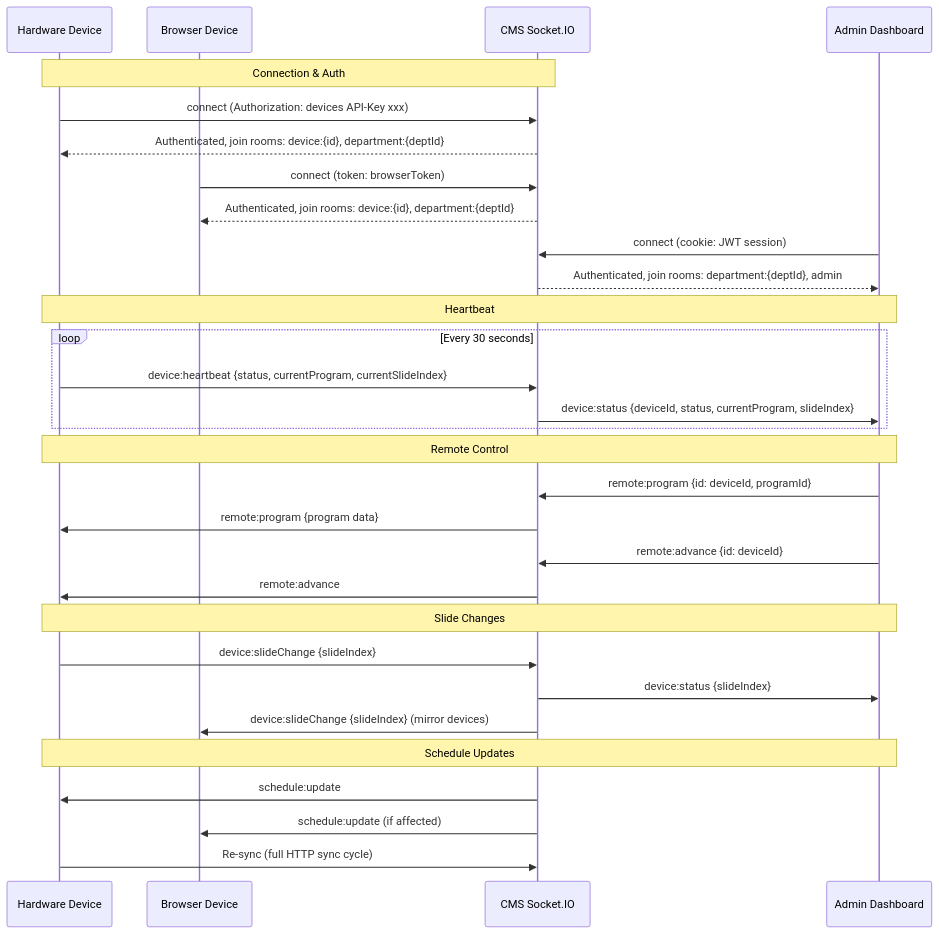
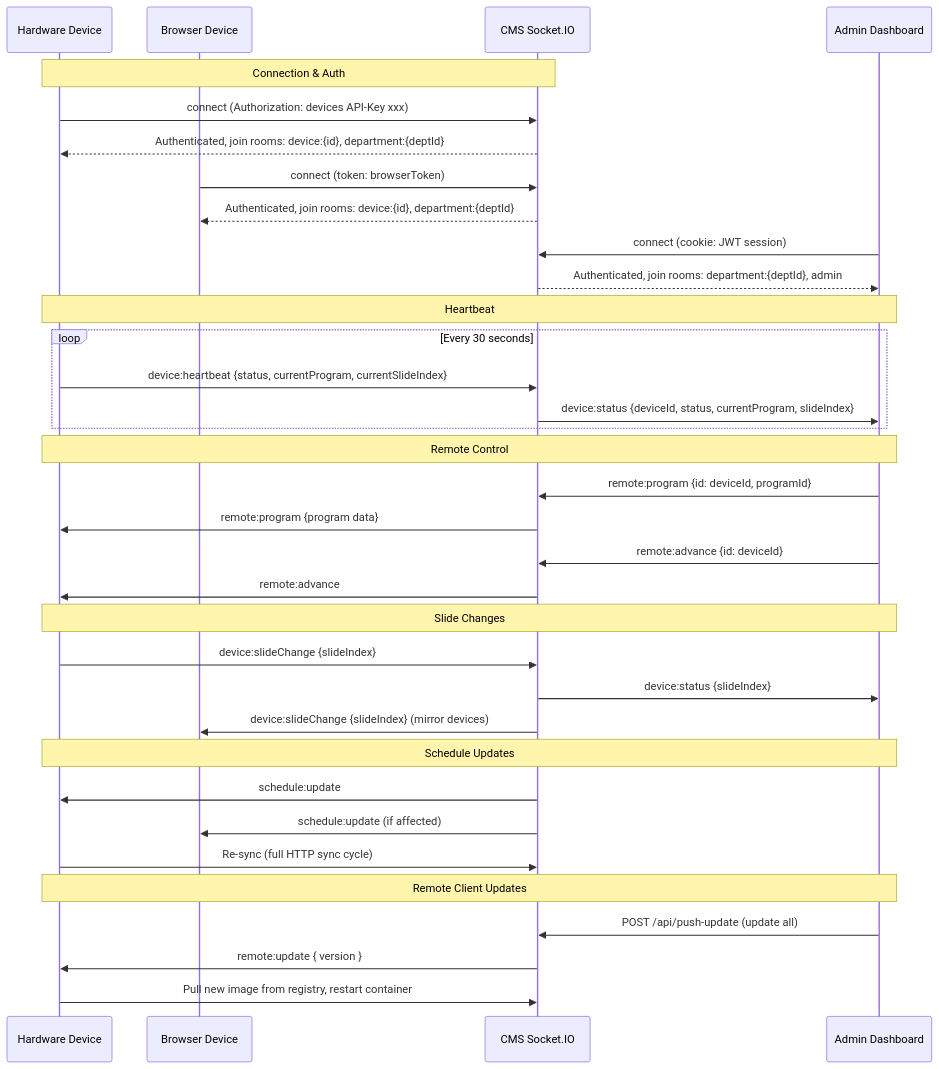
Before and after one commit to wrodie/peydx: the third of 9 diagrams in ARCHITECTURE.md, drawn with Mermaid. The commit also changed other lines of this file and 18 other files, not shown here.

````diff
--- a/ARCHITECTURE.md
+++ b/ARCHITECTURE.md
@@ -133,39 +134,44 @@
 ```mermaid
 sequenceDiagram
     participant DEV as Hardware Device
     participant BR as Browser Device
     participant CMS as CMS Socket.IO
     participant ADM as Admin Dashboard
 
     Note over DEV,CMS: Connection & Auth
     DEV->>CMS: connect (Authorization: devices API-Key xxx)
     CMS-->>DEV: Authenticated, join rooms: device:{id}, department:{deptId}
 
     BR->>CMS: connect (token: browserToken)
     CMS-->>BR: Authenticated, join rooms: device:{id}, department:{deptId}
 
     ADM->>CMS: connect (cookie: JWT session)
     CMS-->>ADM: Authenticated, join rooms: department:{deptId}, admin
 
     Note over DEV,ADM: Heartbeat
     loop Every 30 seconds
         DEV->>CMS: device:heartbeat {status, currentProgram, currentSlideIndex}
         CMS->>ADM: device:status {deviceId, status, currentProgram, slideIndex}
     end
 
     Note over DEV,ADM: Remote Control
     ADM->>CMS: remote:program {id: deviceId, programId}
     CMS->>DEV: remote:program {program data}
     ADM->>CMS: remote:advance {id: deviceId}
     CMS->>DEV: remote:advance
 
     Note over DEV,ADM: Slide Changes
     DEV->>CMS: device:slideChange {slideIndex}
     CMS->>ADM: device:status {slideIndex}
     CMS->>BR: device:slideChange {slideIndex} (mirror devices)
 
     Note over DEV,ADM: Schedule Updates
     CMS->>DEV: schedule:update
     CMS->>BR: schedule:update (if affected)
     DEV->>CMS: Re-sync (full HTTP sync cycle)
+
+    Note over DEV,ADM: Remote Client Updates
+    ADM->>CMS: POST /api/push-update (update all)
+    CMS->>DEV: remote:update { version }
+    DEV->>CMS: Pull new image from registry, restart container
 ```
````
